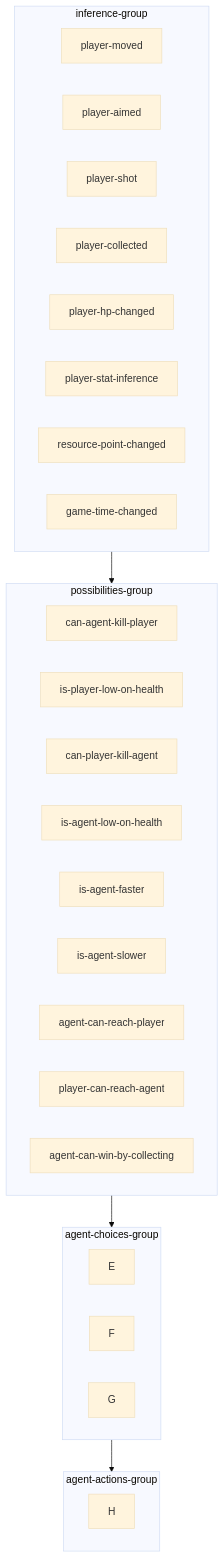
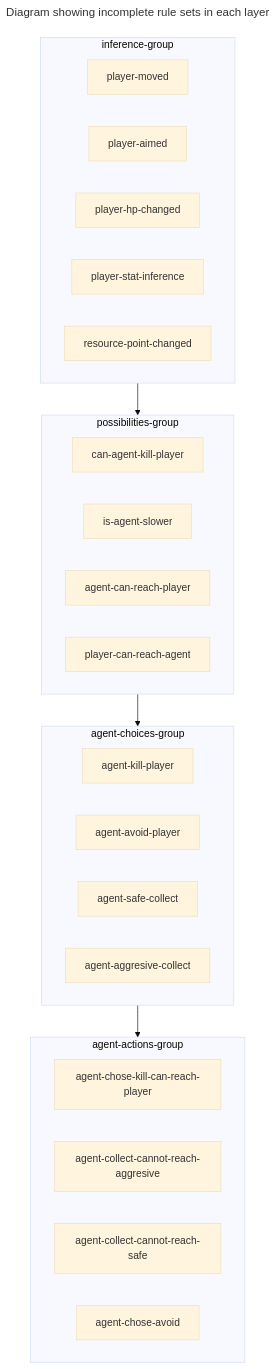
The first of 3 diagrams in docs/drools-rules.md (rchDev/game-of-points), drawn with Mermaid (base theme) before and after one commit.

Commit message:
[docs]: change some mermaid diagrams.

````diff
--- a/docs/drools-rules.md
+++ b/docs/drools-rules.md
@@ -14,36 +14,36 @@
 ```mermaid
+---
+title: Diagram showing incomplete rule sets in each layer
+---
 flowchart TD
 subgraph inference-group
     player-moved
     player-aimed
-    player-shot
-    player-collected
     player-hp-changed
     player-stat-inference
     resource-point-changed
-    game-time-changed
 end
 subgraph possibilities-group
     can-agent-kill-player
-    is-player-low-on-health
-    can-player-kill-agent
-    is-agent-low-on-health
-    is-agent-faster
     is-agent-slower
     agent-can-reach-player
     player-can-reach-agent
-    agent-can-win-by-collecting
 end
 subgraph agent-choices-group
-    E
-    F
-    G
+    agent-kill-player
+    agent-avoid-player
+    agent-safe-collect
+    agent-aggresive-collect
 end
 subgraph agent-actions-group
-    H
+    agent-chose-kill-can-reach-player
+    agent-collect-cannot-reach-aggresive
+    agent-collect-cannot-reach-safe
+    agent-chose-avoid
 end
 
 inference-group --> possibilities-group
 possibilities-group --> agent-choices-group
 agent-choices-group --> agent-actions-group
+
 ```
````
